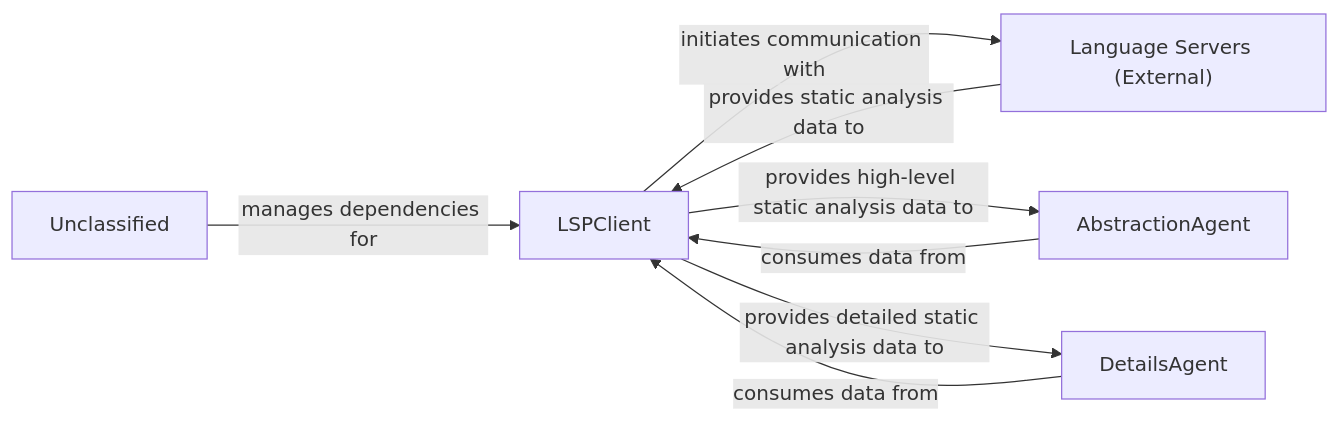
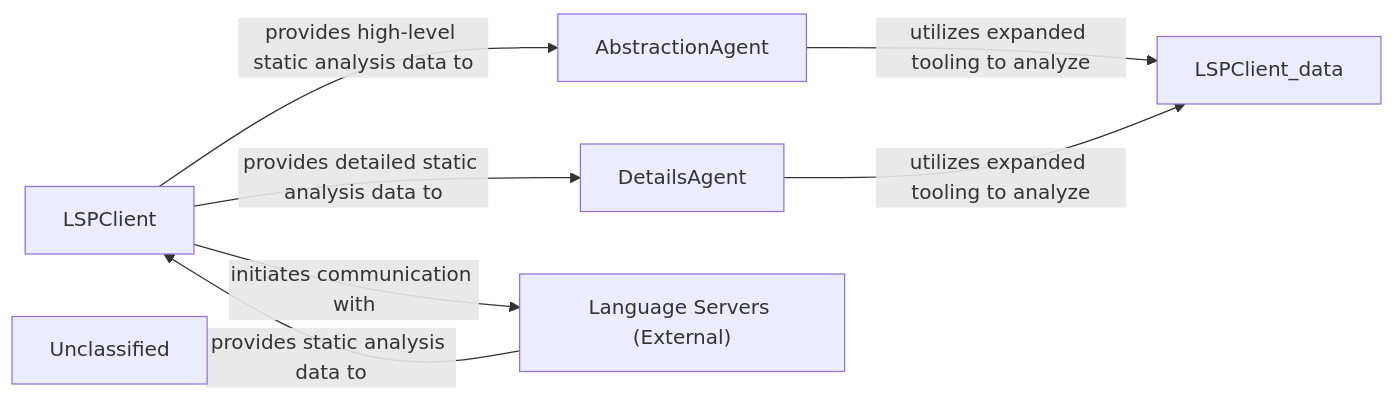
The diagram in .codeboarding/AI_Interpretation_Layer.md (CodeBoarding/CodeBoarding), drawn with Mermaid before and after one commit. The commit also changed other lines of this file and 17 other files, not shown here.

First line of the commit message:
docs: update codeboarding documentation and generate architecture

````diff
--- a/.codeboarding/AI_Interpretation_Layer.md
+++ b/.codeboarding/AI_Interpretation_Layer.md
@@ -1,16 +1,14 @@
 ```mermaid
 graph LR
     LSPClient["LSPClient"]
     AbstractionAgent["AbstractionAgent"]
     DetailsAgent["DetailsAgent"]
     Language_Servers_External_["Language Servers (External)"]
     Unclassified["Unclassified"]
-    Unclassified["Unclassified"]
     LSPClient -- "initiates communication with" --> Language_Servers_External_
+    Language_Servers_External_ -- "provides static analysis data to" --> LSPClient
     LSPClient -- "provides high-level static analysis data to" --> AbstractionAgent
     LSPClient -- "provides detailed static analysis data to" --> DetailsAgent
-    AbstractionAgent -- "consumes data from" --> LSPClient
-    DetailsAgent -- "consumes data from" --> LSPClient
-    Language_Servers_External_ -- "provides static analysis data to" --> LSPClient
-    Unclassified -- "manages dependencies for" --> LSPClient
+    AbstractionAgent -- "utilizes expanded tooling to analyze" --> LSPClient_data
+    DetailsAgent -- "utilizes expanded tooling to analyze" --> LSPClient_data
 ```
````
